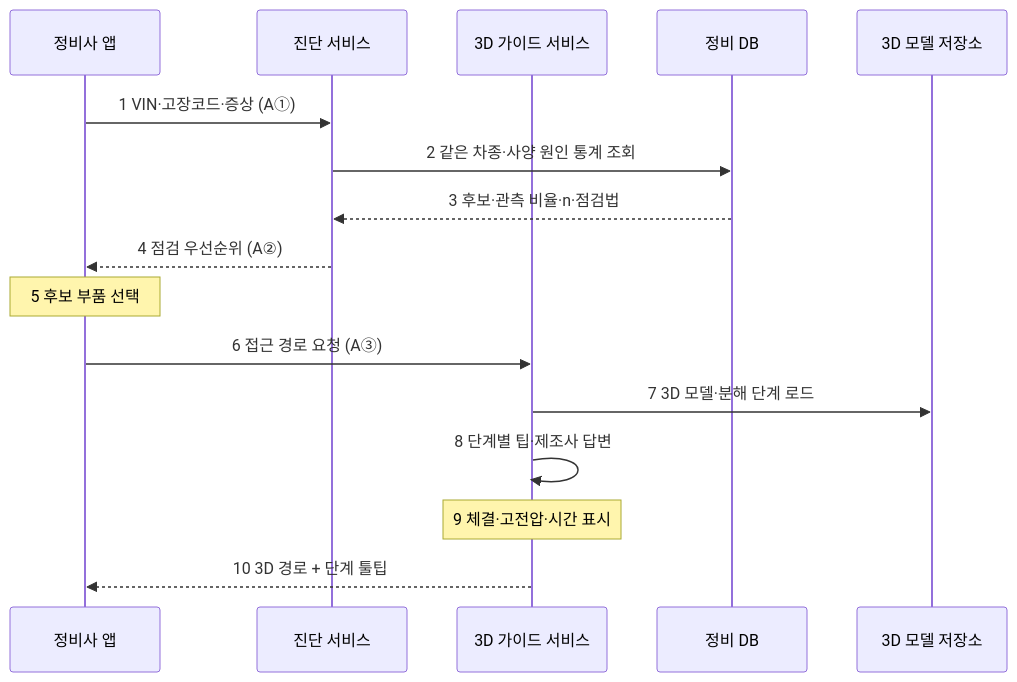
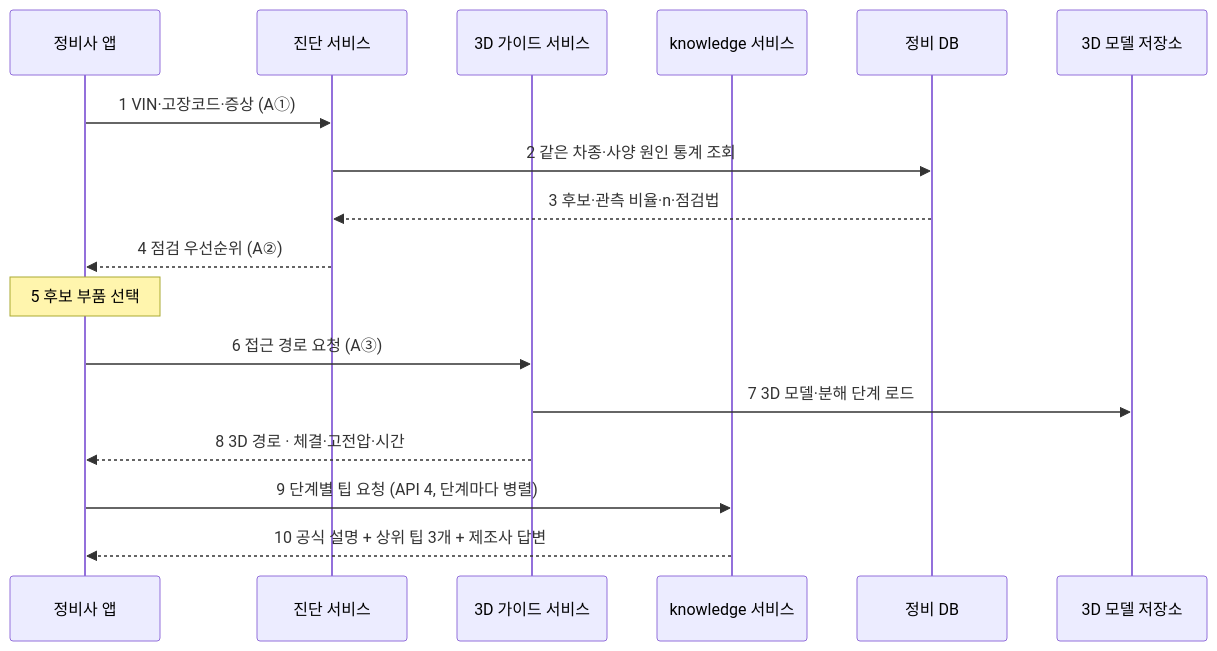
One commit to salieri009/LG_CNS_AM_INSPIRE changed the fourth of 6 diagrams in docs/planning.md. Above: the diagram before and after it, drawn with Mermaid. The commit also changed other lines of this file and 3 other files, not shown here.

````diff
--- a/docs/planning.md
+++ b/docs/planning.md
@@ -792,18 +793,19 @@
 ```mermaid
 sequenceDiagram
   participant App as 정비사 앱
   participant Dx as 진단 서비스
   participant G as 3D 가이드 서비스
+  participant K as knowledge 서비스
   participant DB as 정비 DB
   participant MS as 3D 모델 저장소
   App->>Dx: 1 VIN·고장코드·증상 (A①)
   Dx->>DB: 2 같은 차종·사양 원인 통계 조회
   DB-->>Dx: 3 후보·관측 비율·n·점검법
   Dx-->>App: 4 점검 우선순위 (A②)
   Note over App: 5 후보 부품 선택
   App->>G: 6 접근 경로 요청 (A③)
   G->>MS: 7 3D 모델·분해 단계 로드
-  G->>G: 8 단계별 팁·제조사 답변
-  Note over G: 9 체결·고전압·시간 표시
-  G-->>App: 10 3D 경로 + 단계 툴팁
+  G-->>App: 8 3D 경로 · 체결·고전압·시간
+  App->>K: 9 단계별 팁 요청 (API 4, 단계마다 병렬)
+  K-->>App: 10 공식 설명 + 상위 팁 3개 + 제조사 답변
 ```
````
